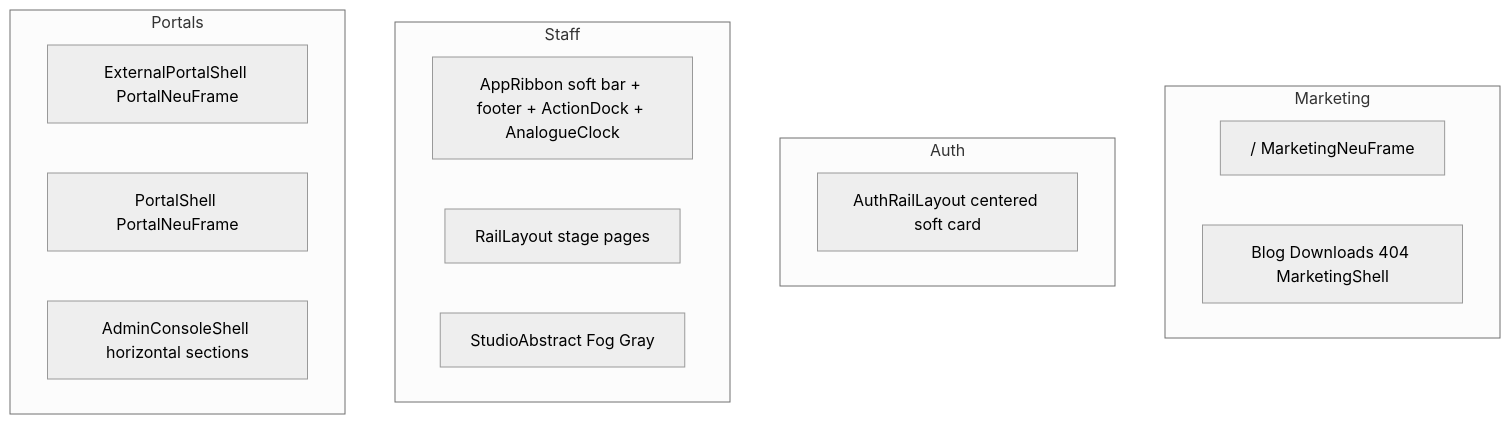
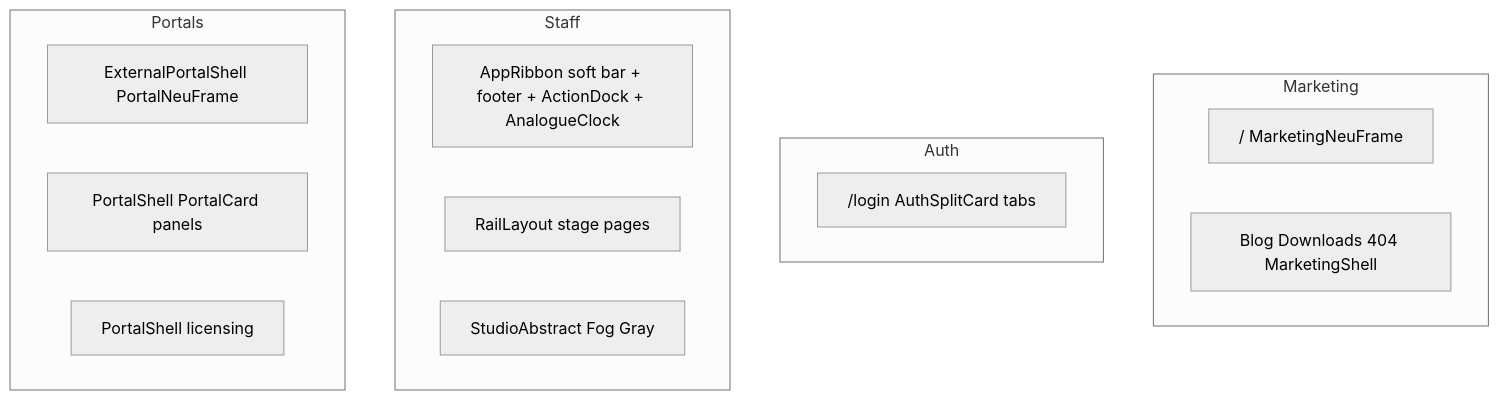
Before and after one commit to HolagundiWorks/aorms: the diagram in docs/esti/UI-SITE-MAP.md, drawn with Mermaid (neutral theme). The commit also changed other lines of this file and 31 other files, not shown here.

First line of the commit message:
feat(ui): fold all sign-ins into /login tabs and polish account hub

````diff
--- a/docs/esti/UI-SITE-MAP.md
+++ b/docs/esti/UI-SITE-MAP.md
@@ -8,20 +8,20 @@
 ```mermaid
 flowchart TB
   subgraph marketing [Marketing]
     Landing["/ MarketingNeuFrame"]
     Blog["Blog Downloads 404 MarketingShell"]
   end
   subgraph auth [Auth]
-    CardAuth["AuthRailLayout centered soft card"]
+    CardAuth["/login AuthSplitCard tabs"]
   end
   subgraph staff [Staff]
     Shell["AppRibbon soft bar + footer + ActionDock + AnalogueClock"]
     Pages["RailLayout stage pages"]
     Home["StudioAbstract Fog Gray"]
   end
   subgraph portals [Portals]
     Ext["ExternalPortalShell PortalNeuFrame"]
-    Acct["PortalShell PortalNeuFrame"]
-    Admin["AdminConsoleShell horizontal sections"]
+    Acct["PortalShell PortalCard panels"]
+    Admin["PortalShell licensing"]
   end
 ```
````
